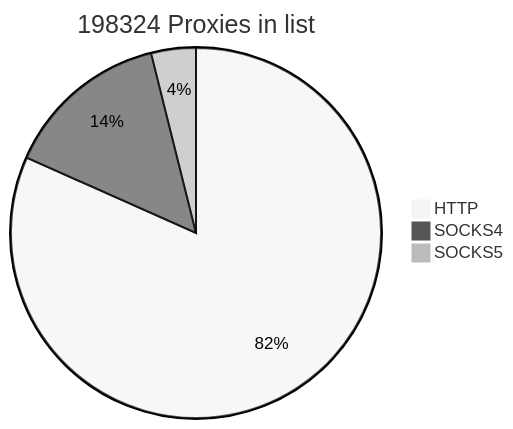
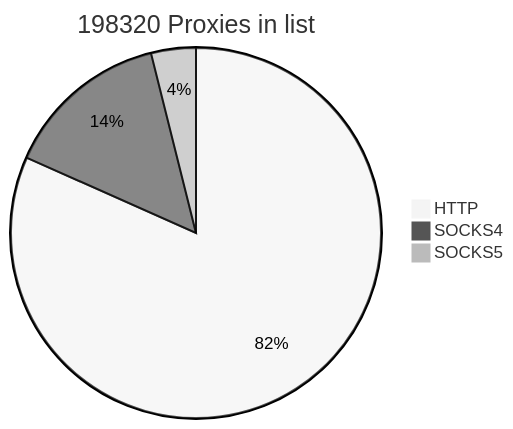
One commit to cutipu/proxylist changed the first of 2 diagrams in README.md. Above: the diagram before and after it, drawn with Mermaid (neutral theme). The commit also changed other lines of this file, not shown here.

````diff
--- a/README.md
+++ b/README.md
@@ -2,7 +2,7 @@
 ```mermaid
-pie title 198324 Proxies in list
-    "HTTP" : 161962
+pie title 198320 Proxies in list
+    "HTTP" : 161948
     "SOCKS4" : 28628
-    "SOCKS5" : 7734
+    "SOCKS5" : 7744
             
 ```
````
